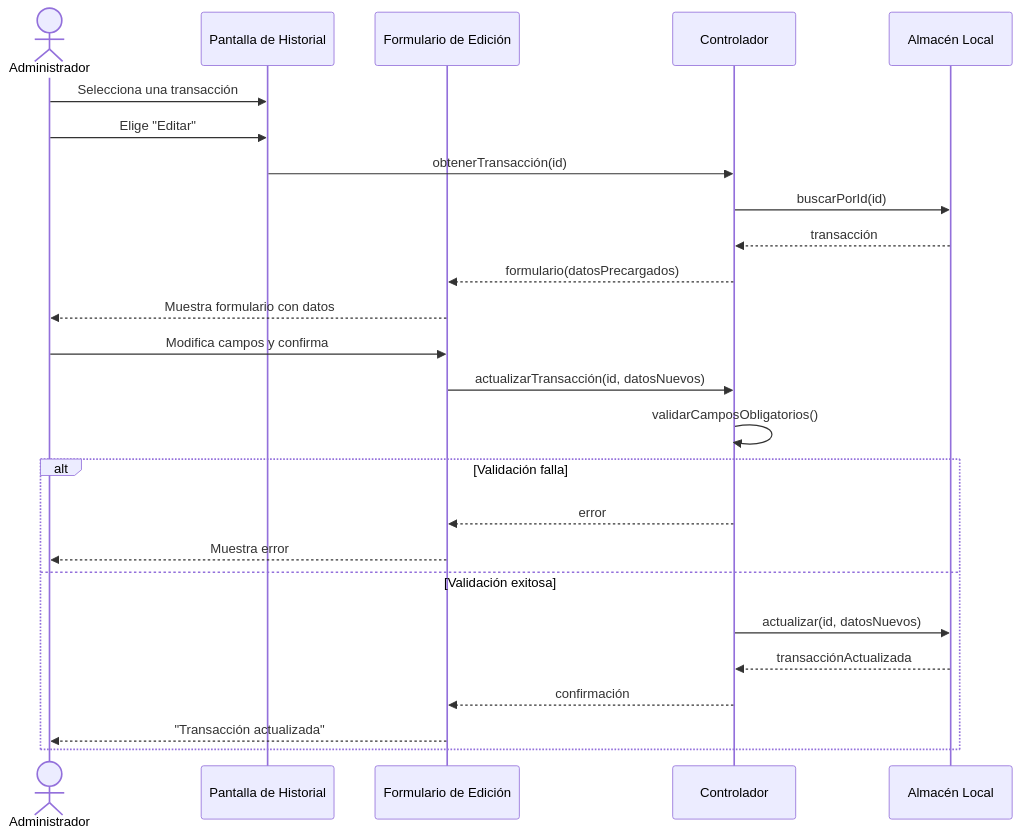
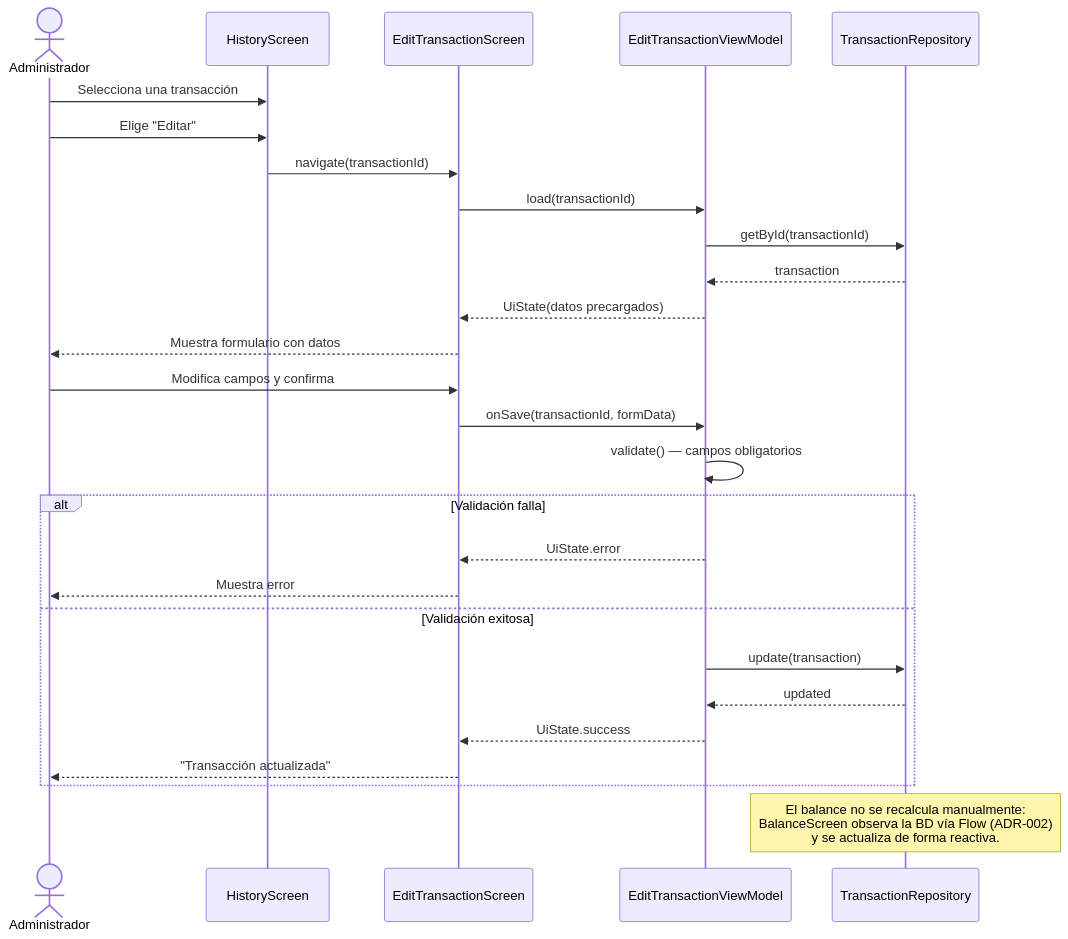
The third of 6 diagrams in docs/3-casos-uso-uml/diagramas_secuencia.md (Mundolel/SGE), drawn with Mermaid before and after one commit. The commit also changed other lines of this file and 2 other files, not shown here.

First line of the commit message:
docs: align UML deliverables with architecture ADRs (#28)

````diff
--- a/docs/3-casos-uso-uml/diagramas_secuencia.md
+++ b/docs/3-casos-uso-uml/diagramas_secuencia.md
@@ -92,30 +100,33 @@
 ```mermaid
 sequenceDiagram
     actor Admin as Administrador
-    participant UIHist as Pantalla de Historial
-    participant UIEdit as Formulario de Edición
-    participant Ctrl as Controlador
-    participant Repo as Almacén Local
+    participant Hist as HistoryScreen
+    participant Edit as EditTransactionScreen
+    participant VM as EditTransactionViewModel
+    participant Repo as TransactionRepository
 
-    Admin->>UIHist: Selecciona una transacción
-    Admin->>UIHist: Elige "Editar"
-    UIHist->>Ctrl: obtenerTransacción(id)
-    Ctrl->>Repo: buscarPorId(id)
-    Repo-->>Ctrl: transacción
-    Ctrl-->>UIEdit: formulario(datosPrecargados)
-    UIEdit-->>Admin: Muestra formulario con datos
+    Admin->>Hist: Selecciona una transacción
+    Admin->>Hist: Elige "Editar"
+    Hist->>Edit: navigate(transactionId)
+    Edit->>VM: load(transactionId)
+    VM->>Repo: getById(transactionId)
+    Repo-->>VM: transaction
+    VM-->>Edit: UiState(datos precargados)
+    Edit-->>Admin: Muestra formulario con datos
 
-    Admin->>UIEdit: Modifica campos y confirma
-    UIEdit->>Ctrl: actualizarTransacción(id, datosNuevos)
-    Ctrl->>Ctrl: validarCamposObligatorios()
+    Admin->>Edit: Modifica campos y confirma
+    Edit->>VM: onSave(transactionId, formData)
+    VM->>VM: validate() — campos obligatorios
 
     alt Validación falla
-        Ctrl-->>UIEdit: error
-        UIEdit-->>Admin: Muestra error
+        VM-->>Edit: UiState.error
+        Edit-->>Admin: Muestra error
     else Validación exitosa
-        Ctrl->>Repo: actualizar(id, datosNuevos)
-        Repo-->>Ctrl: transacciónActualizada
-        Ctrl-->>UIEdit: confirmación
-        UIEdit-->>Admin: "Transacción actualizada"
+        VM->>Repo: update(transaction)
+        Repo-->>VM: updated
+        VM-->>Edit: UiState.success
+        Edit-->>Admin: "Transacción actualizada"
     end
+
+    Note over Repo: El balance no se recalcula manualmente:<br/>BalanceScreen observa la BD vía Flow (ADR-002)<br/>y se actualiza de forma reactiva.
 ```
````
